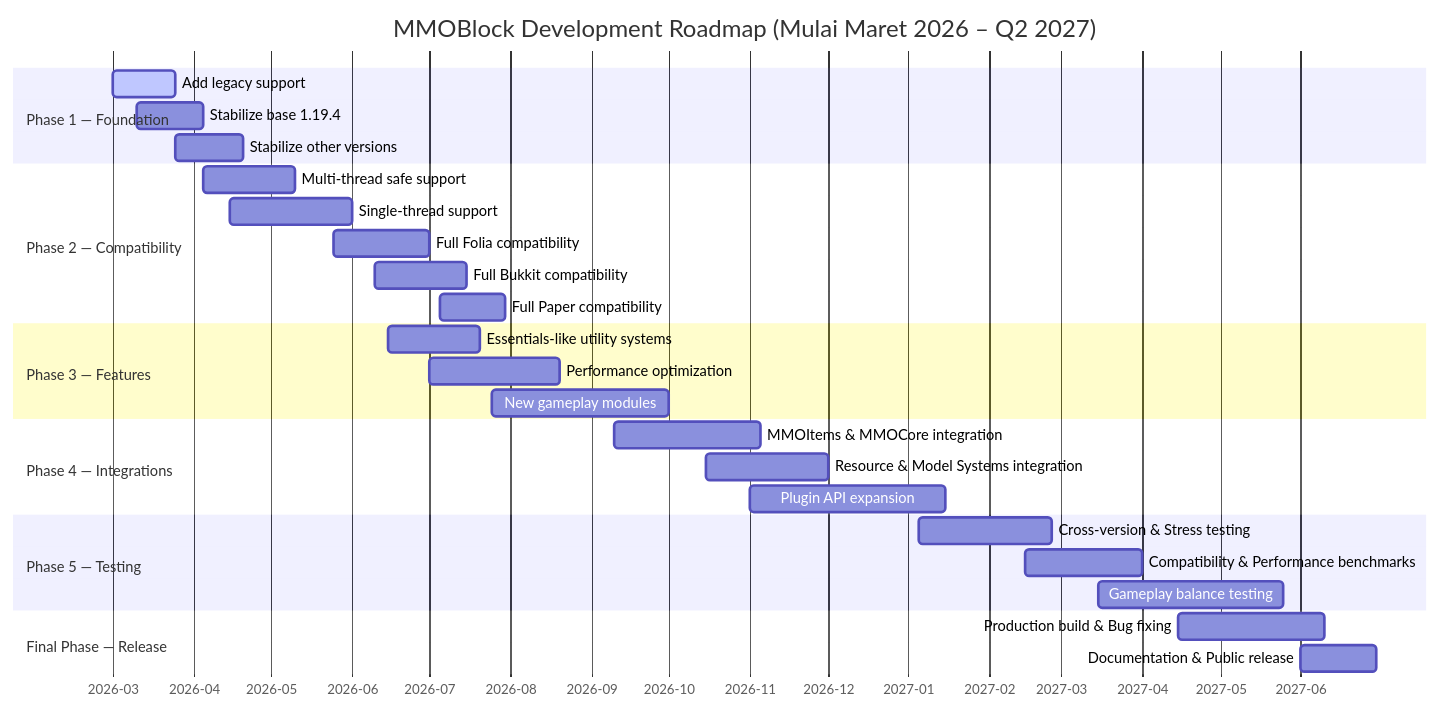
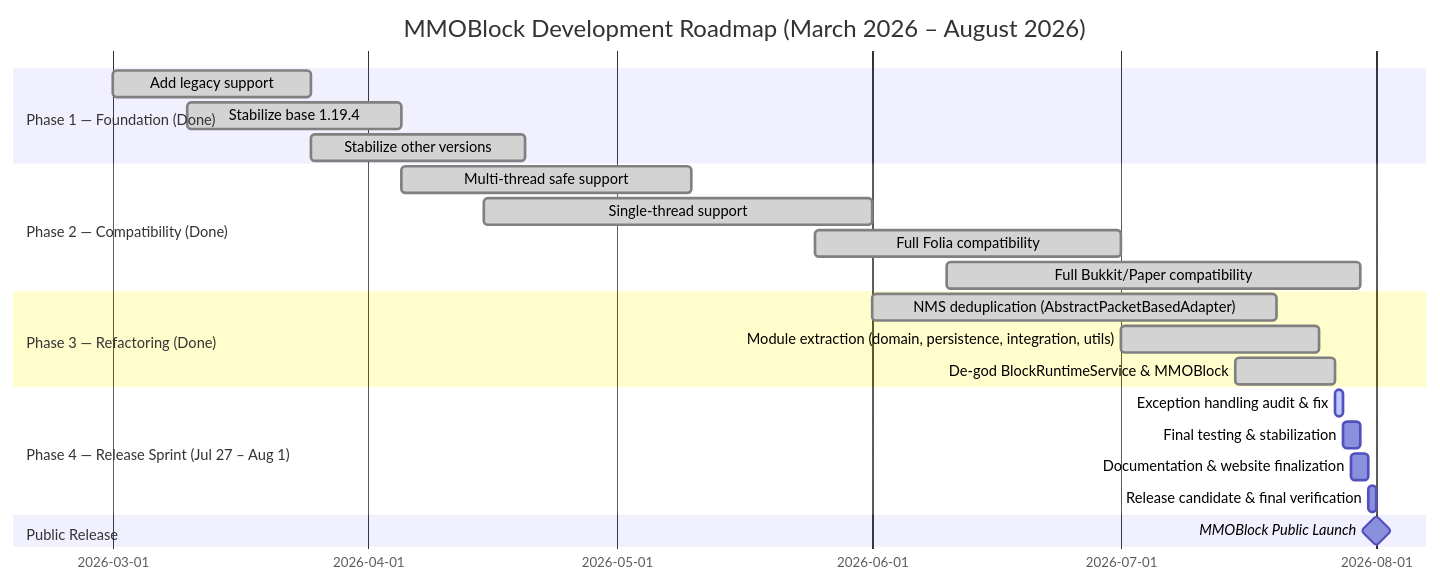
One commit to Rosaaalfi/MMOBlock-Rework changed the diagram in README.md. Above: the diagram before and after it, drawn with Mermaid. The commit also changed other lines of this file and 22 other files, not shown here.

First line of the commit message:
fix(v1_19_4): resolve base version bugs and finalize testing

````diff
--- a/README.md
+++ b/README.md
@@ -81,37 +132,31 @@
 ```mermaid
 gantt
-    title MMOBlock Development Roadmap (Mulai Maret 2026 – Q2 2027)
+    title MMOBlock Development Roadmap (March 2026 – August 2026)
     dateFormat YYYY-MM-DD
-    axisFormat %Y-%m
+    axisFormat %Y-%m-%d
 
-    section Phase 1 — Foundation
-        Add legacy support                       :active,  p1_1, 2026-03-01, 2026-03-25
-        Stabilize base 1.19.4                    :         p1_2, 2026-03-10, 2026-04-05
-        Stabilize other versions                 :         p1_3, 2026-03-25, 2026-04-20
+    section Phase 1 — Foundation (Done)
+        Add legacy support                     :done,  p1_1, 2026-03-01, 2026-03-25
+        Stabilize base 1.19.4                  :done,  p1_2, 2026-03-10, 2026-04-05
+        Stabilize other versions               :done,  p1_3, 2026-03-25, 2026-04-20
 
-    section Phase 2 — Compatibility
-        Multi-thread safe support                :         p2_1, 2026-04-05, 2026-05-10
-        Single-thread support                    :         p2_2, 2026-04-15, 2026-06-01
-        Full Folia compatibility                 :         p2_3, 2026-05-25, 2026-07-01
-        Full Bukkit compatibility                :         p2_4, 2026-06-10, 2026-07-15
-        Full Paper compatibility                 :         p2_5, 2026-07-05, 2026-07-30
+    section Phase 2 — Compatibility (Done)
+        Multi-thread safe support              :done,  p2_1, 2026-04-05, 2026-05-10
+        Single-thread support                  :done,  p2_2, 2026-04-15, 2026-06-01
+        Full Folia compatibility               :done,  p2_3, 2026-05-25, 2026-07-01
+        Full Bukkit/Paper compatibility        :done,  p2_4, 2026-06-10, 2026-07-30
 
-    section Phase 3 — Features
-        Essentials-like utility systems          :         p3_1, 2026-06-15, 2026-07-20
-        Performance optimization                 :         p3_2, 2026-07-01, 2026-08-20
-        New gameplay modules                     :         p3_3, 2026-07-25, 2026-10-01
+    section Phase 3 — Refactoring (Done)
+        NMS deduplication (AbstractPacketBasedAdapter) :done, p3_1, 2026-06-01, 2026-07-20
+        Module extraction (domain, persistence, integration, utils) :done, p3_2, 2026-07-01, 2026-07-25
+        De-god BlockRuntimeService & MMOBlock           :done, p3_3, 2026-07-15, 2026-07-27
 
-    section Phase 4 — Integrations
-        MMOItems & MMOCore integration           :         p4_1, 2026-09-10, 2026-11-05
-        Resource & Model Systems integration     :         p4_2, 2026-10-15, 2026-12-01
-        Plugin API expansion                     :         p4_3, 2026-11-01, 2027-01-15
+    section Phase 4 — Release Sprint (Jul 27 – Aug 1)
+        Exception handling audit & fix          :active, sp_1, 2026-07-27, 2026-07-28
+        Final testing & stabilization           :         sp_2, 2026-07-28, 2026-07-30
+        Documentation & website finalization    :         sp_3, 2026-07-29, 2026-07-31
+        Release candidate & final verification  :         sp_4, 2026-07-31, 2026-08-01
 
-    section Phase 5 — Testing
-        Cross-version & Stress testing           :         p5_1, 2027-01-05, 2027-02-25
-        Compatibility & Performance benchmarks   :         p5_2, 2027-02-15, 2027-04-01
-        Gameplay balance testing                 :         p5_3, 2027-03-15, 2027-05-25
-
-    section Final Phase — Release
-        Production build & Bug fixing            :         f1,   2027-04-15, 2027-06-10
-        Documentation & Public release           :         f2,   2027-06-01, 2027-06-30
+    section Public Release
+        MMOBlock Public Launch                 :milestone, rel, 2026-08-01, 0d
 ```
````
